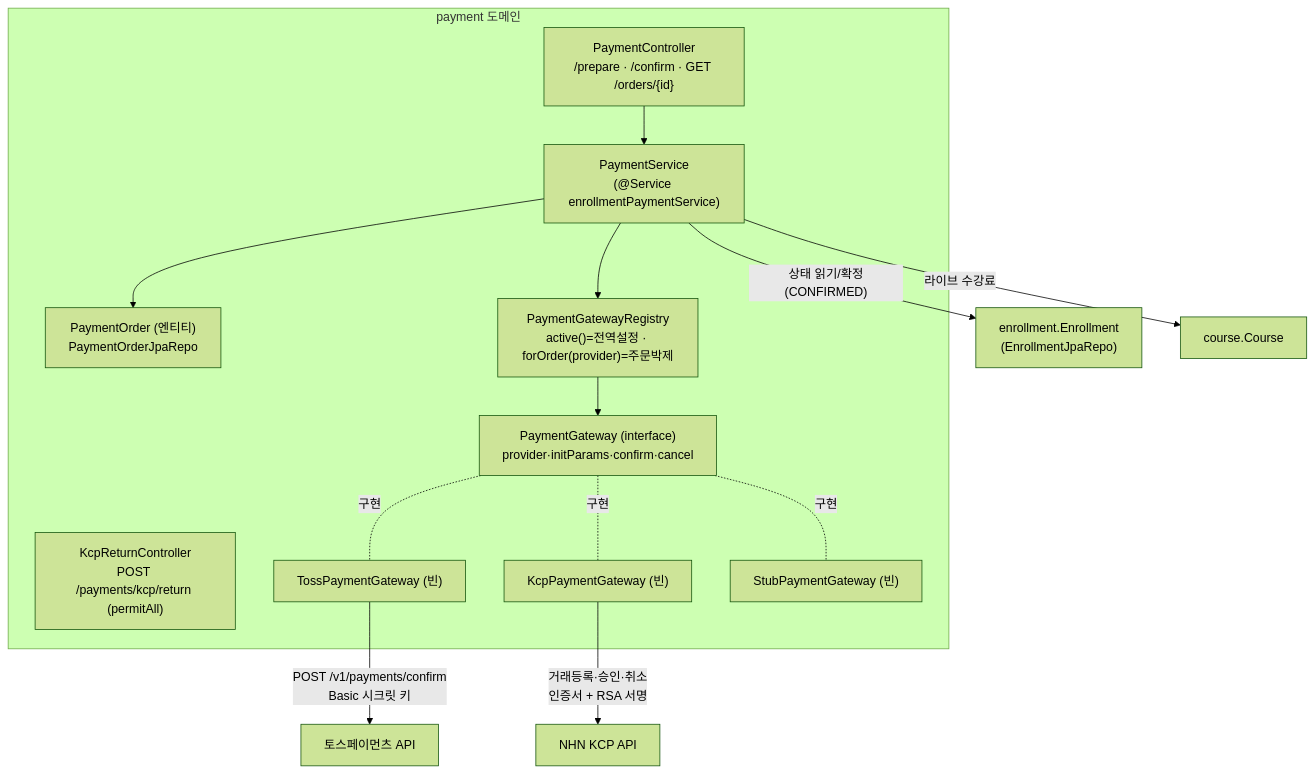
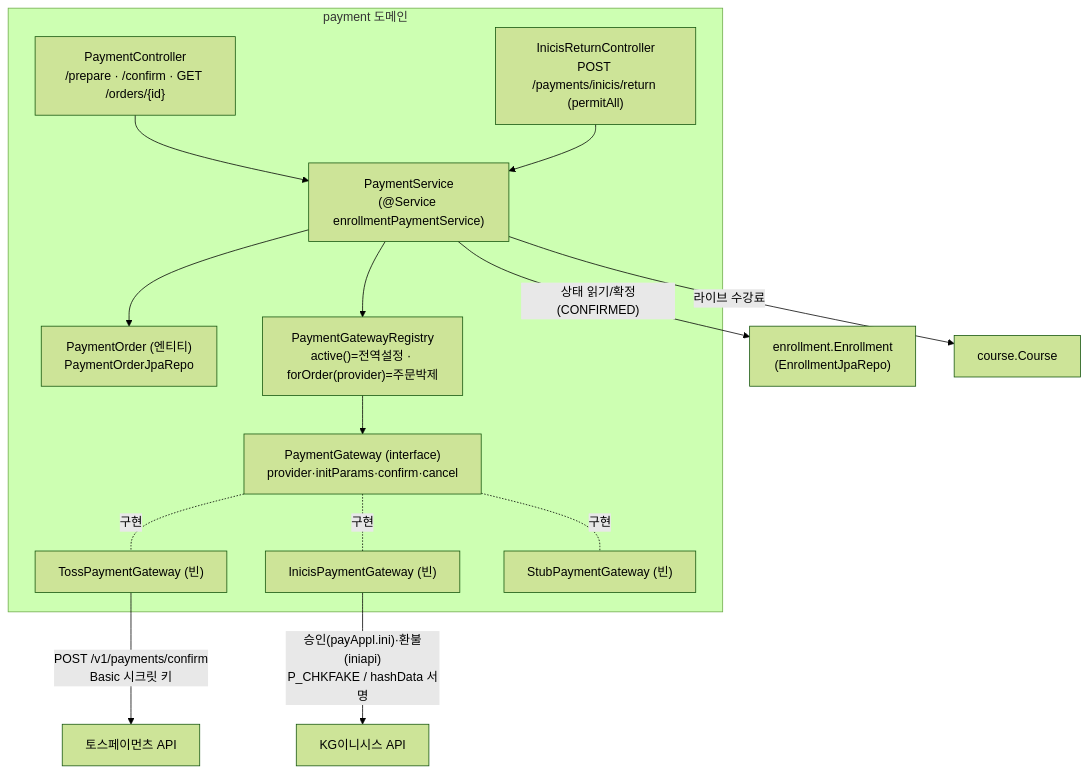
The first of 3 diagrams in docs/architecture/payment.md (pungdong/Pungdong-Backend), drawn with Mermaid (forest theme) before and after one commit. The commit also changed other lines of this file and 4 other files, not shown here.

````diff
--- a/docs/architecture/payment.md
+++ b/docs/architecture/payment.md
@@ -11,25 +11,26 @@
 ```mermaid
 flowchart TB
     subgraph payment["payment 도메인"]
         Ctl["PaymentController<br/>/prepare · /confirm · GET /orders/{id}"]
-        KcpRet["KcpReturnController<br/>POST /payments/kcp/return (permitAll)"]
+        InicisRet["InicisReturnController<br/>POST /payments/inicis/return (permitAll)"]
         Svc["PaymentService<br/>(@Service enrollmentPaymentService)"]
         Order["PaymentOrder (엔티티)<br/>PaymentOrderJpaRepo"]
         Reg["PaymentGatewayRegistry<br/>active()=전역설정 · forOrder(provider)=주문박제"]
         Client["PaymentGateway (interface)<br/>provider·initParams·confirm·cancel"]
         Toss1["TossPaymentGateway (빈)"]
-        Kcp["KcpPaymentGateway (빈)"]
+        Inicis["InicisPaymentGateway (빈)"]
         Stub["StubPaymentGateway (빈)"]
     end
     Ctl --> Svc
+    InicisRet --> Svc
     Svc --> Order
     Svc --> Reg
     Reg --> Client
     Client -. 구현 .- Toss1
-    Client -. 구현 .- Kcp
+    Client -. 구현 .- Inicis
     Client -. 구현 .- Stub
     Svc -- "상태 읽기/확정(CONFIRMED)" --> Enr["enrollment.Enrollment<br/>(EnrollmentJpaRepo)"]
     Svc -- "라이브 수강료" --> Course["course.Course"]
     Toss1 -- "POST /v1/payments/confirm<br/>Basic 시크릿 키" --> TossApi["토스페이먼츠 API"]
-    Kcp -- "거래등록·승인·취소<br/>인증서 + RSA 서명" --> KcpApi["NHN KCP API"]
+    Inicis -- "승인(payAppl.ini)·환불(iniapi)<br/>P_CHKFAKE / hashData 서명" --> InicisApi["KG이니시스 API"]
 ```
````
